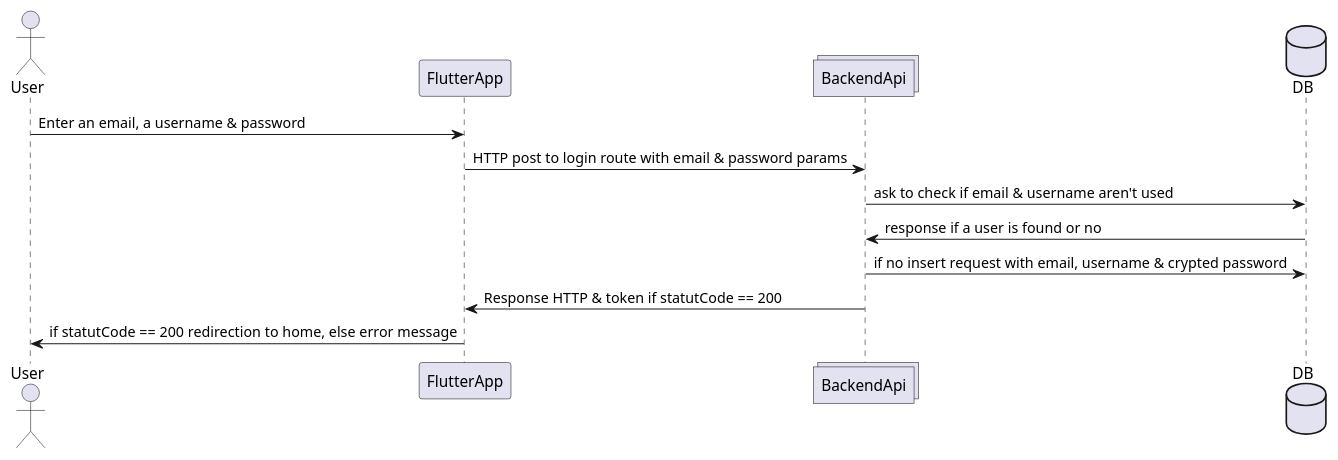
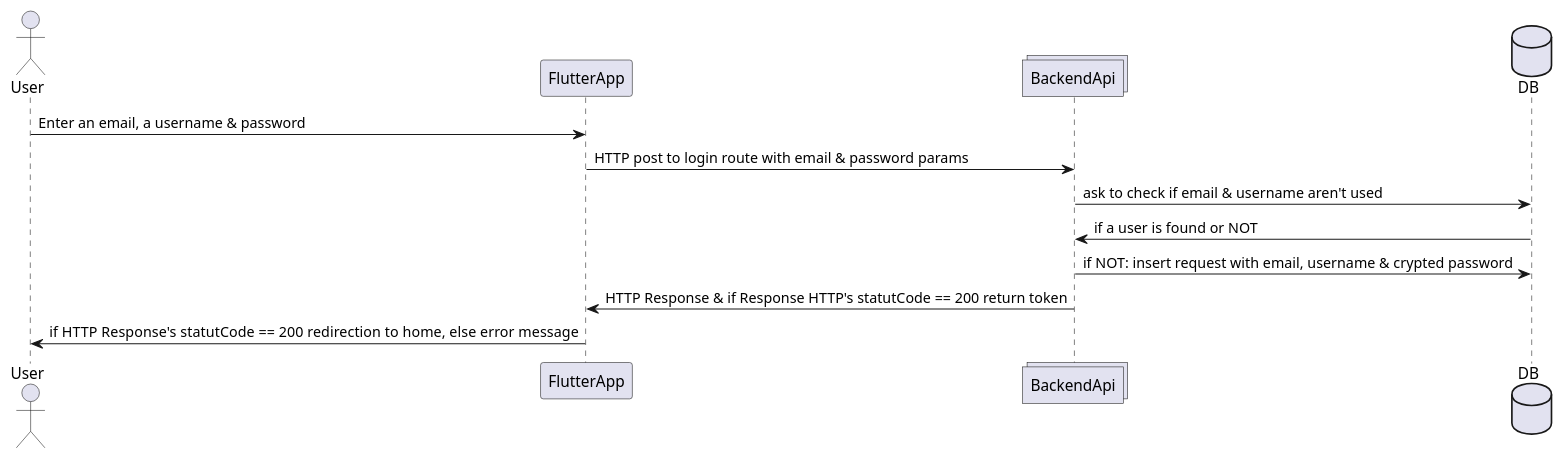
The diagram in conception/diagrams/sequencies/authentication_register.puml (Eco-Gest/Frontend-Flutter), drawn with PlantUML before and after one commit. The commit also changed 9 other files, not shown here.

Commit message:
update the diagrams

```diff
--- a/conception/diagrams/sequencies/authentication_register.puml
+++ b/conception/diagrams/sequencies/authentication_register.puml
@@ -1,16 +1,16 @@
 @startuml
 
 actor       User       as u
 participant    FlutterApp    as fa
 collections     BackendApi     as ba
 database      DB      as db
 
 u -> fa : Enter an email, a username & password 
 fa -> ba : HTTP post to login route with email & password params
 ba -> db : ask to check if email & username aren't used 
-db -> ba : response if a user is found or no
-ba -> db : if no insert request with email, username & crypted password 
-ba -> fa : Response HTTP & token if statutCode == 200
-fa-> u : if statutCode == 200 redirection to home, else error message 
+db -> ba : if a user is found or NOT
+ba -> db : if NOT: insert request with email, username & crypted password 
+ba -> fa : HTTP Response & if Response HTTP's statutCode == 200 return token 
+fa-> u : if HTTP Response's statutCode == 200  redirection to home, else error message 
 
 @enduml
```
